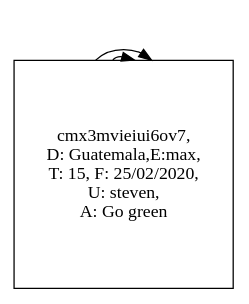
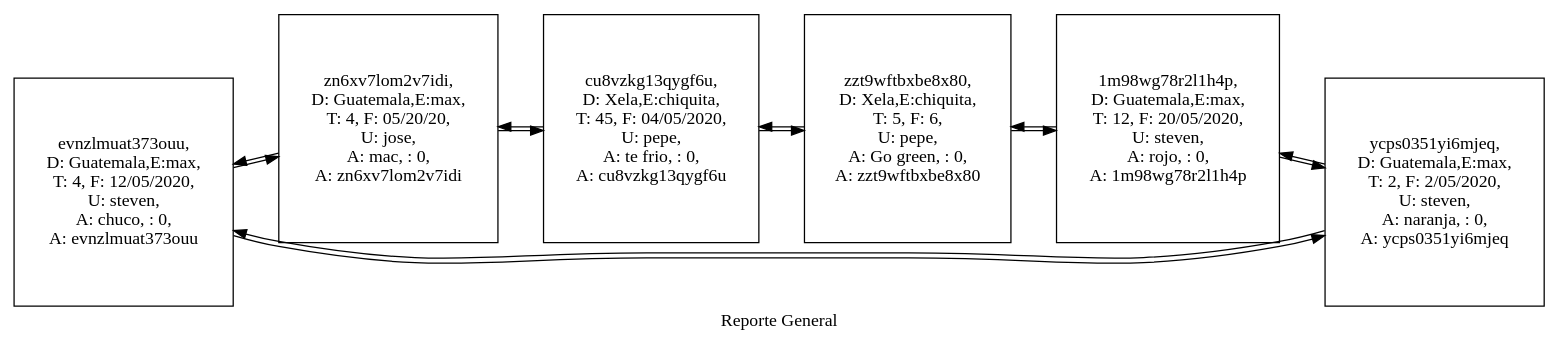
Before and after one commit to Stevensis/EDD20VJ_Proyecto1: the diagram in PruebaListaCircular.dot, drawn with Graphviz. The commit also changed 20 other files, not shown here.

```diff
--- a/PruebaListaCircular.dot
+++ b/PruebaListaCircular.dot
@@ -1,6 +1,12 @@
 digraph  { 
  nodesep=.05; 
  rankdir=LR; 
  node [shape=record,width=.5,height=2.5]; 
-"cmx3mvieiui6ov7" [label=" cmx3mvieiui6ov7,\n D: Guatemala,E:max,\n T: 15, F: 25/02/2020,\n U: steven,\n A: Go green"] 
-"cmx3mvieiui6ov7" -> "cmx3mvieiui6ov7""cmx3mvieiui6ov7" -> "cmx3mvieiui6ov7"}
+ label="Reporte General"; 
+"evnzlmuat373ouu" [label=" evnzlmuat373ouu,\n D: Guatemala,E:max,\n T: 4, F: 12/05/2020,\n U: steven,\n A: chuco, : 0,\n A: evnzlmuat373ouu"] 
+"evnzlmuat373ouu" -> "zn6xv7lom2v7idi""evnzlmuat373ouu" -> "ycps0351yi6mjeq""zn6xv7lom2v7idi" [label=" zn6xv7lom2v7idi,\n D: Guatemala,E:max,\n T: 4, F: 05/20/20,\n U: jose,\n A: mac, : 0,\n A: zn6xv7lom2v7idi"] 
+"zn6xv7lom2v7idi" -> "cu8vzkg13qygf6u""zn6xv7lom2v7idi" -> "evnzlmuat373ouu""cu8vzkg13qygf6u" [label=" cu8vzkg13qygf6u,\n D: Xela,E:chiquita,\n T: 45, F: 04/05/2020,\n U: pepe,\n A: te frio, : 0,\n A: cu8vzkg13qygf6u"] 
+"cu8vzkg13qygf6u" -> "zzt9wftbxbe8x80""cu8vzkg13qygf6u" -> "zn6xv7lom2v7idi""zzt9wftbxbe8x80" [label=" zzt9wftbxbe8x80,\n D: Xela,E:chiquita,\n T: 5, F: 6,\n U: pepe,\n A: Go green, : 0,\n A: zzt9wftbxbe8x80"] 
+"zzt9wftbxbe8x80" -> "1m98wg78r2l1h4p""zzt9wftbxbe8x80" -> "cu8vzkg13qygf6u""1m98wg78r2l1h4p" [label=" 1m98wg78r2l1h4p,\n D: Guatemala,E:max,\n T: 12, F: 20/05/2020,\n U: steven,\n A: rojo, : 0,\n A: 1m98wg78r2l1h4p"] 
+"1m98wg78r2l1h4p" -> "ycps0351yi6mjeq""1m98wg78r2l1h4p" -> "zzt9wftbxbe8x80""ycps0351yi6mjeq" [label=" ycps0351yi6mjeq,\n D: Guatemala,E:max,\n T: 2, F: 2/05/2020,\n U: steven,\n A: naranja, : 0,\n A: ycps0351yi6mjeq"] 
+"ycps0351yi6mjeq" -> "evnzlmuat373ouu""ycps0351yi6mjeq" -> "1m98wg78r2l1h4p"}
```
